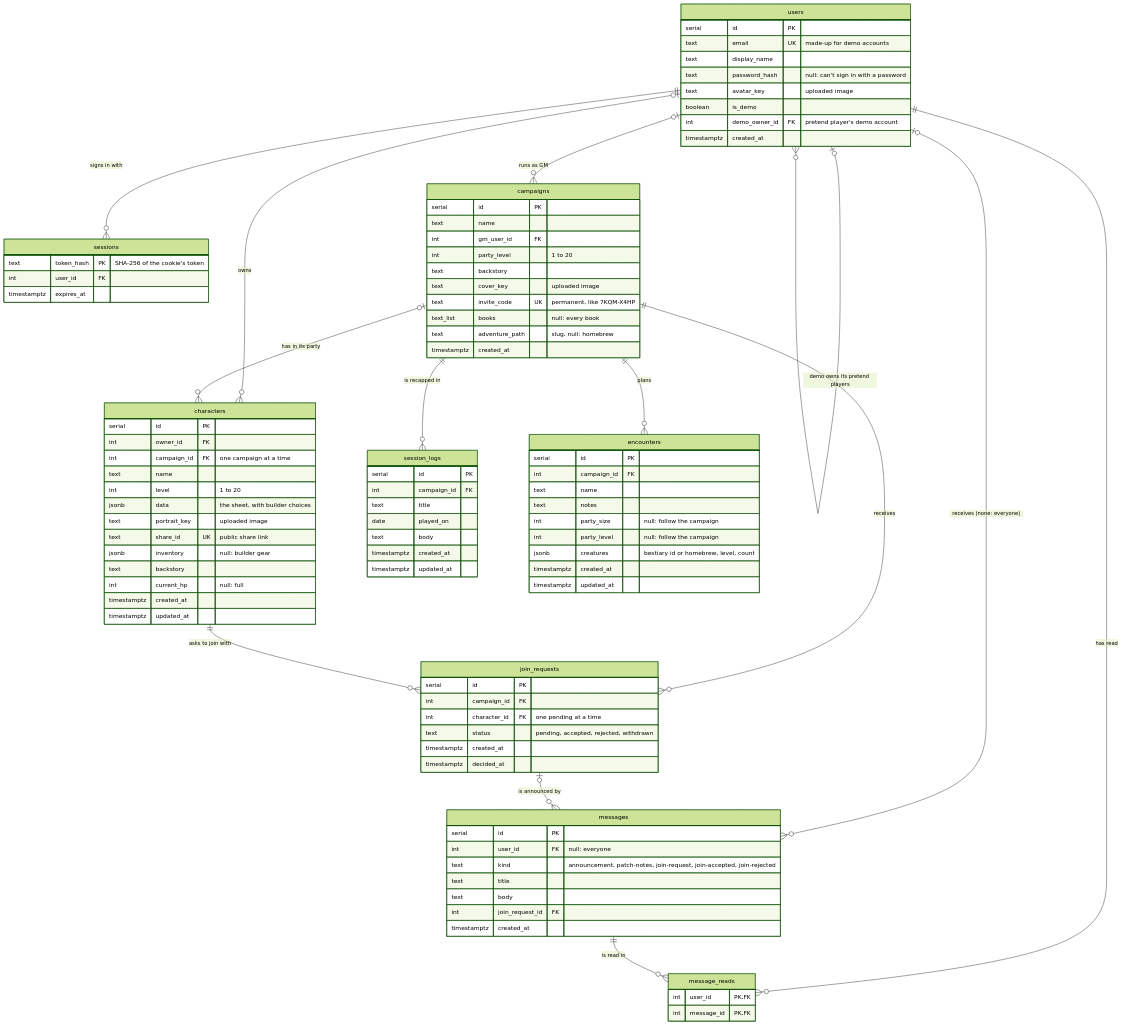
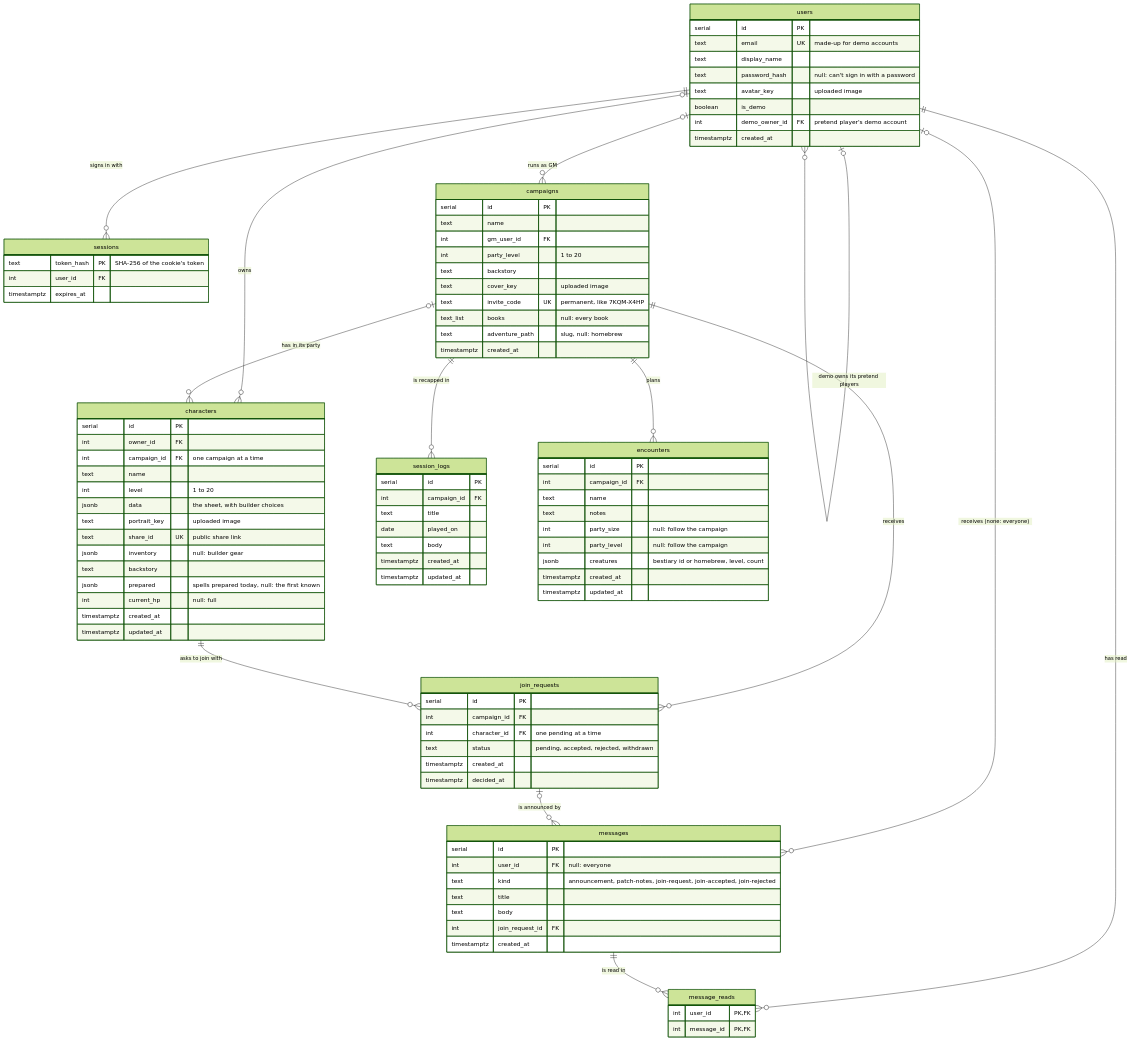
One commit to AnthonyCost/RollBound-Refresh changed the diagram in docs/database-schema.md. Above: the diagram before and after it, drawn with Mermaid (forest theme). The commit also changed 12 other files, not shown here.

Commit message:
Updated spell tabs on character sheets for casters who can now select what spells they have prepared

```diff
--- a/docs/database-schema.md
+++ b/docs/database-schema.md
@@ -57,6 +57,7 @@
         text share_id UK "public share link"
         jsonb inventory "null: builder gear"
         text backstory
+        jsonb prepared "spells prepared today, null: the first known"
         int current_hp "null: full"
         timestamptz created_at
         timestamptz updated_at
```
